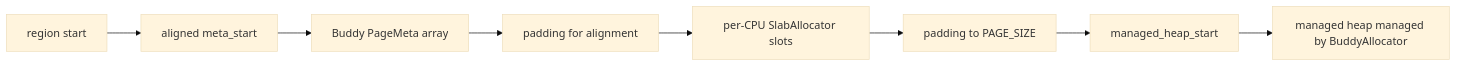
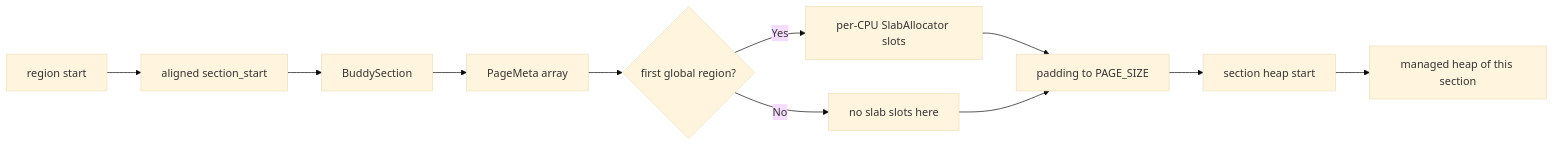
One commit to arceos-hypervisor/buddy-slab-allocator changed the second of 8 diagrams in docs/design.md. Above: the diagram before and after it, drawn with Mermaid (base theme). The commit also changed other lines of this file and 9 other files, not shown here.

First line of the commit message:
Refactor GlobalAllocator to support multiple managed sections

````diff
--- a/docs/design.md
+++ b/docs/design.md
@@ -74,10 +105,13 @@
 ```mermaid
 flowchart LR
-    A[region start] --> B[aligned meta_start]
-    B --> C[Buddy PageMeta array]
-    C --> D[padding for alignment]
-    D --> E[per-CPU SlabAllocator slots]
-    E --> F[padding to PAGE_SIZE]
-    F --> G[managed_heap_start]
-    G --> H[managed heap managed by BuddyAllocator]
+    A[region start] --> B[aligned section_start]
+    B --> C[BuddySection]
+    C --> D[PageMeta array]
+    D --> E{first global region?}
+    E -- Yes --> F[per-CPU SlabAllocator slots]
+    E -- No --> G[no slab slots here]
+    F --> H[padding to PAGE_SIZE]
+    G --> H
+    H --> I[section heap start]
+    I --> J[managed heap of this section]
 ```
````
